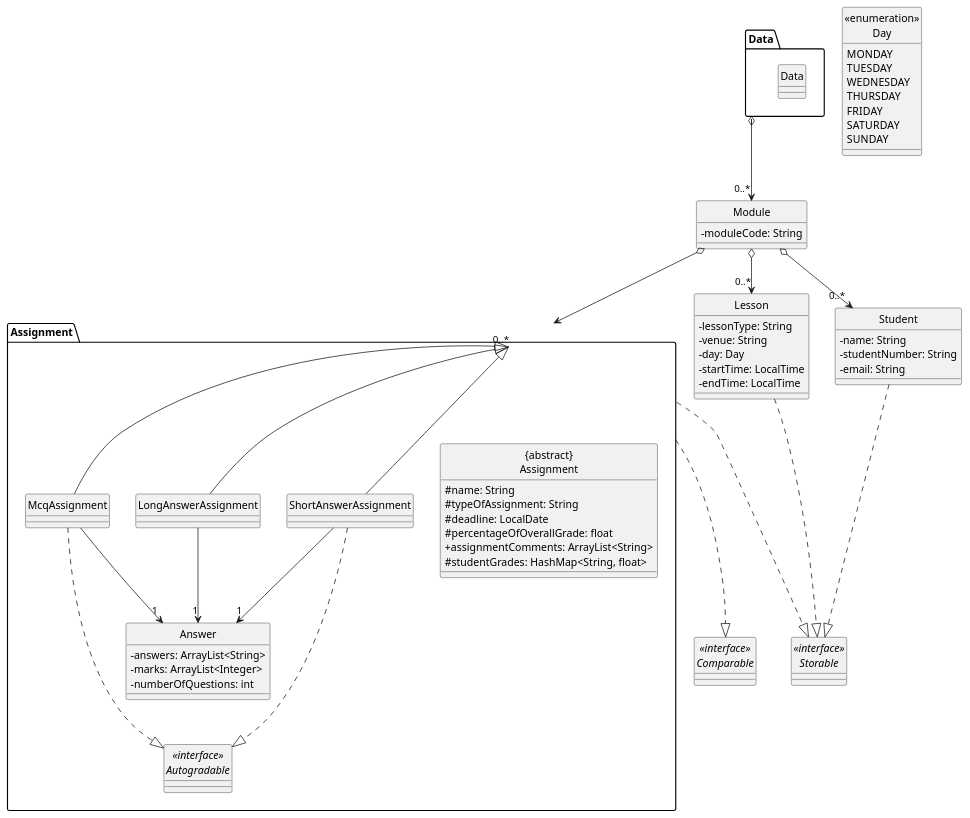
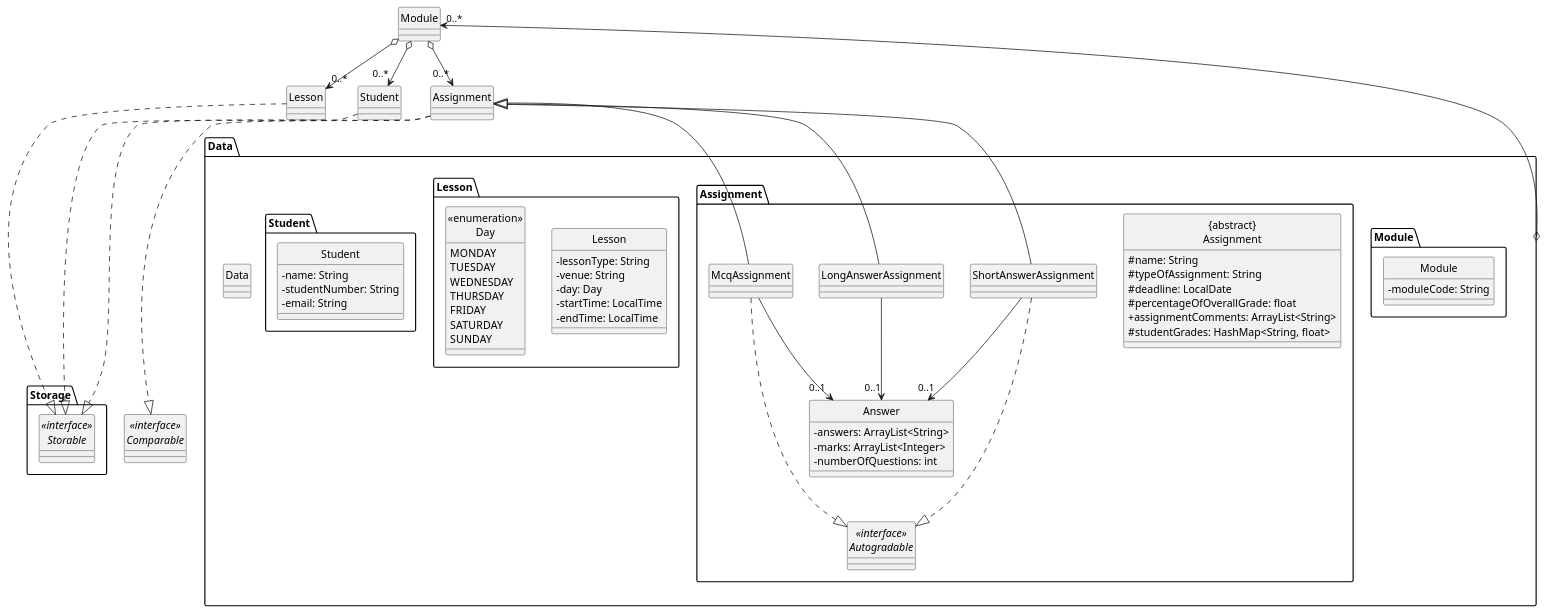
The diagram in docs/uml/Data.puml (vaiish371/tp), drawn with PlantUML before and after one commit. The commit also changed 57 other files, not shown here.

```diff
--- a/docs/uml/Data.puml
+++ b/docs/uml/Data.puml
@@ -1,99 +1,106 @@
 @startuml
 hide circle
 skinparam classAttributeIconSize 0
 
-interface "<<interface>>\nStorable" as Storable {
+package Storage {
+    interface "<<interface>>\nStorable" as Storable {
+    }
 }
 
 interface "<<interface>>\nComparable" as Comparable {
 }
 
 package Data {
     class Data {
     }
-}
-class Module {
-    -moduleCode: String
-}
 
-package Assignment {
-    interface "<<interface>>\nAutogradable" as Autogradable {
+    package Module {
+        class Module {
+                -moduleCode: String
+            }
     }
 
-    class "{abstract}\nAssignment" as Assignment {
-        #name: String
-        #typeOfAssignment: String
-        #deadline: LocalDate
-        #percentageOfOverallGrade: float
-        +assignmentComments: ArrayList<String>
-        #studentGrades: HashMap<String, float>
+    package Assignment {
+        interface "<<interface>>\nAutogradable" as Autogradable {
+        }
+
+        class "{abstract}\nAssignment" as Assignment {
+            #name: String
+            #typeOfAssignment: String
+            #deadline: LocalDate
+            #percentageOfOverallGrade: float
+            +assignmentComments: ArrayList<String>
+            #studentGrades: HashMap<String, float>
+        }
+
+        class Answer {
+            -answers: ArrayList<String>
+            -marks: ArrayList<Integer>
+            -numberOfQuestions: int
+        }
+
+        class LongAnswerAssignment {
+        }
+
+        class McqAssignment {
+        }
+
+        class ShortAnswerAssignment {
+        }
     }
 
-    class Answer {
-        -answers: ArrayList<String>
-        -marks: ArrayList<Integer>
-        -numberOfQuestions: int
+    package Lesson {
+        class Lesson {
+            -lessonType: String
+            -venue: String
+            -day: Day
+            -startTime: LocalTime
+            -endTime: LocalTime
+        }
+        enum "<<enumeration>>\nDay" {
+                MONDAY
+                TUESDAY
+                WEDNESDAY
+                THURSDAY
+                FRIDAY
+                SATURDAY
+                SUNDAY
+            }
     }
 
-    class LongAnswerAssignment {
+    package Student {
+        class Student {
+            -name: String
+            -studentNumber: String
+            -email: String
+        }
     }
-
-    class McqAssignment {
-    }
-
-    class ShortAnswerAssignment {
-    }
-}
-
-
-class Lesson {
-    -lessonType: String
-    -venue: String
-    -day: Day
-    -startTime: LocalTime
-    -endTime: LocalTime
-}
-
-class Student {
-    -name: String
-    -studentNumber: String
-    -email: String
-}
-
-enum "<<enumeration>>\nDay" {
-    MONDAY
-    TUESDAY
-    WEDNESDAY
-    THURSDAY
-    FRIDAY
-    SATURDAY
-    SUNDAY
 }
 
 Assignment ...|> Storable
 Lesson ...|> Storable
 Student ...|> Storable
 Assignment ...|> Comparable
 
 Data o--> "0..*" Module
 Module o--> "0..*" Assignment
 Assignment <|-- LongAnswerAssignment
 Assignment <|-- McqAssignment
 Assignment <|-- ShortAnswerAssignment
-LongAnswerAssignment --> "1" Answer
-McqAssignment --> "1" Answer
-ShortAnswerAssignment --> "1" Answer
+LongAnswerAssignment --> "0..1" Answer
+McqAssignment --> "0..1" Answer
+ShortAnswerAssignment --> "0..1" Answer
 McqAssignment ...|> Autogradable
 ShortAnswerAssignment ...|> Autogradable
 
 Module o--> "0..*" Lesson
 Module o--> "0..*" Student
 
 
 
 
 
 
 
 
 @enduml
```
